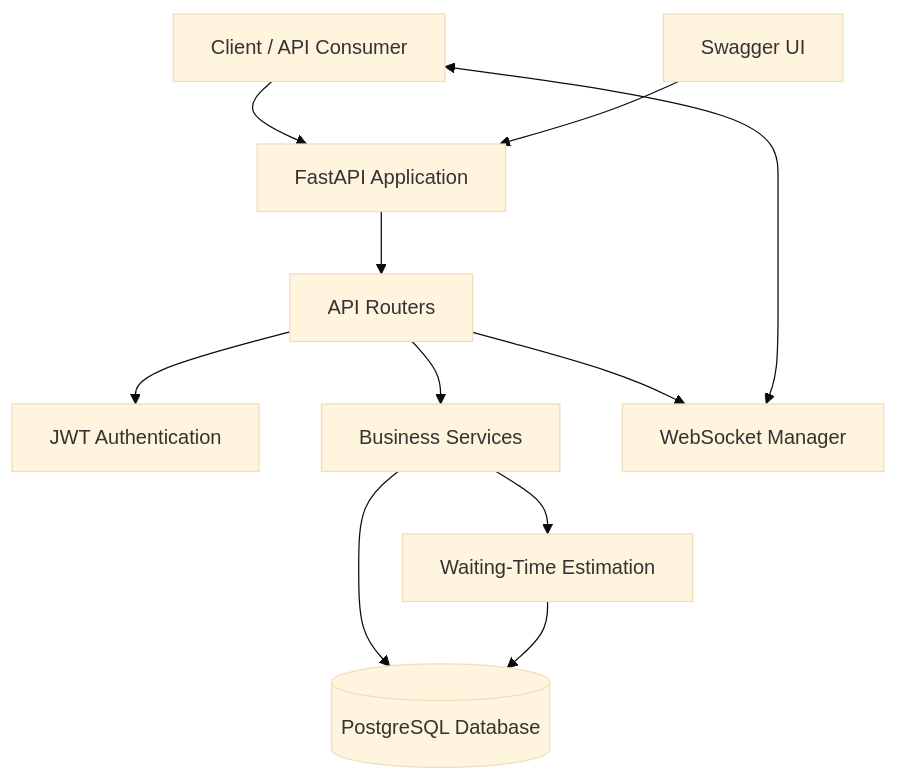
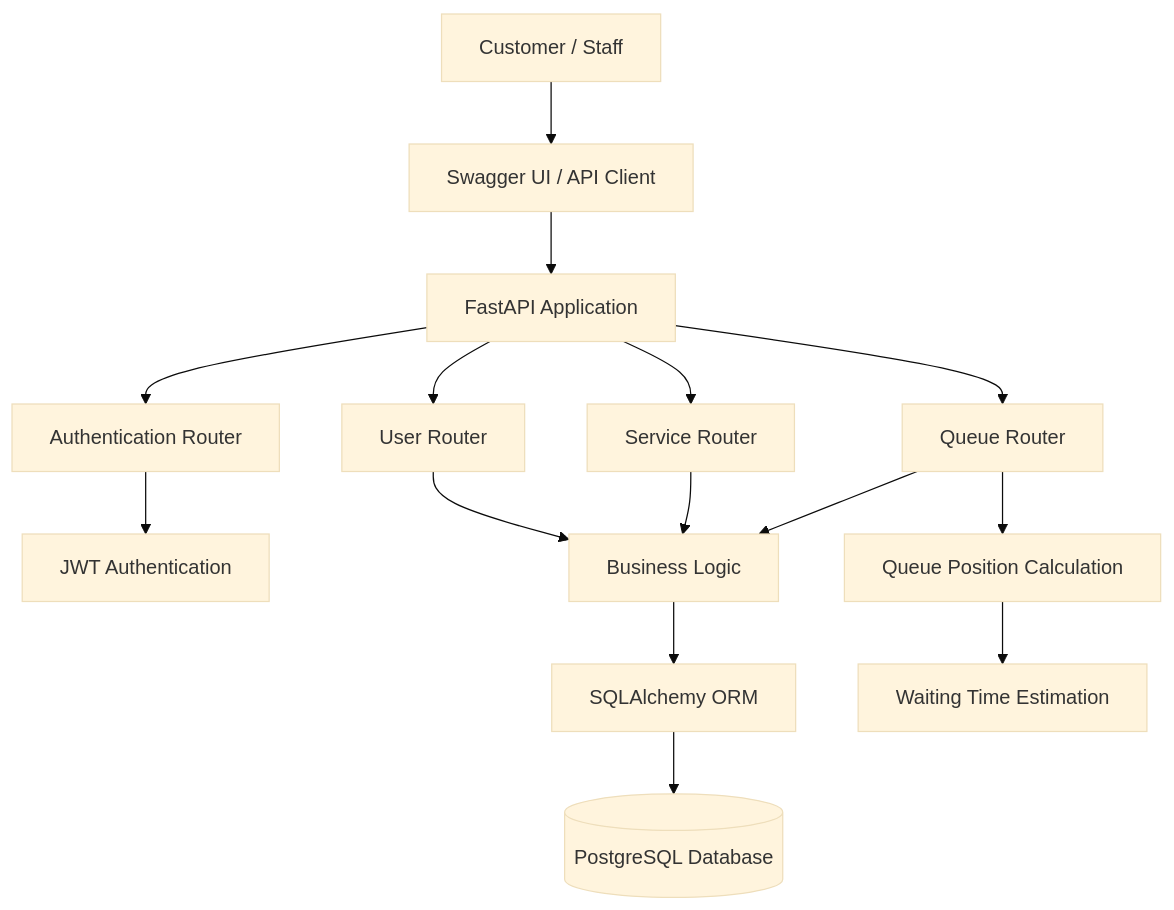
The diagram in README.md (GangotriTadiboina/QueueLess), drawn with Mermaid (base theme) before and after one commit. The commit also changed other lines of this file and 6 other files, not shown here.

Commit message:
Improved README with architecture diagram and screenshots

````diff
--- a/README.md
+++ b/README.md
@@ -41,23 +49,21 @@
 ```mermaid
 flowchart TD
-    C[Client / API Consumer]
-    D[Swagger UI]
-    A[FastAPI Application]
-    R[API Routers]
-    AU[JWT Authentication]
-    S[Business Services]
-    W[WebSocket Manager]
-    DB[(PostgreSQL Database)]
-    E[Waiting-Time Estimation]
+    A[Customer / Staff] --> B[Swagger UI / API Client]
+    B --> C[FastAPI Application]
 
-    C --> A
-    D --> A
-    A --> R
-    R --> AU
-    R --> S
-    R --> W
-    S --> DB
-    S --> E
-    E --> DB
-    W <--> C
+    C --> D[Authentication Router]
+    C --> E[User Router]
+    C --> F[Service Router]
+    C --> G[Queue Router]
+
+    D --> H[JWT Authentication]
+    E --> I[Business Logic]
+    F --> I
+    G --> I
+
+    I --> J[SQLAlchemy ORM]
+    J --> K[(PostgreSQL Database)]
+
+    G --> L[Queue Position Calculation]
+    L --> M[Waiting Time Estimation]
 ```
````
